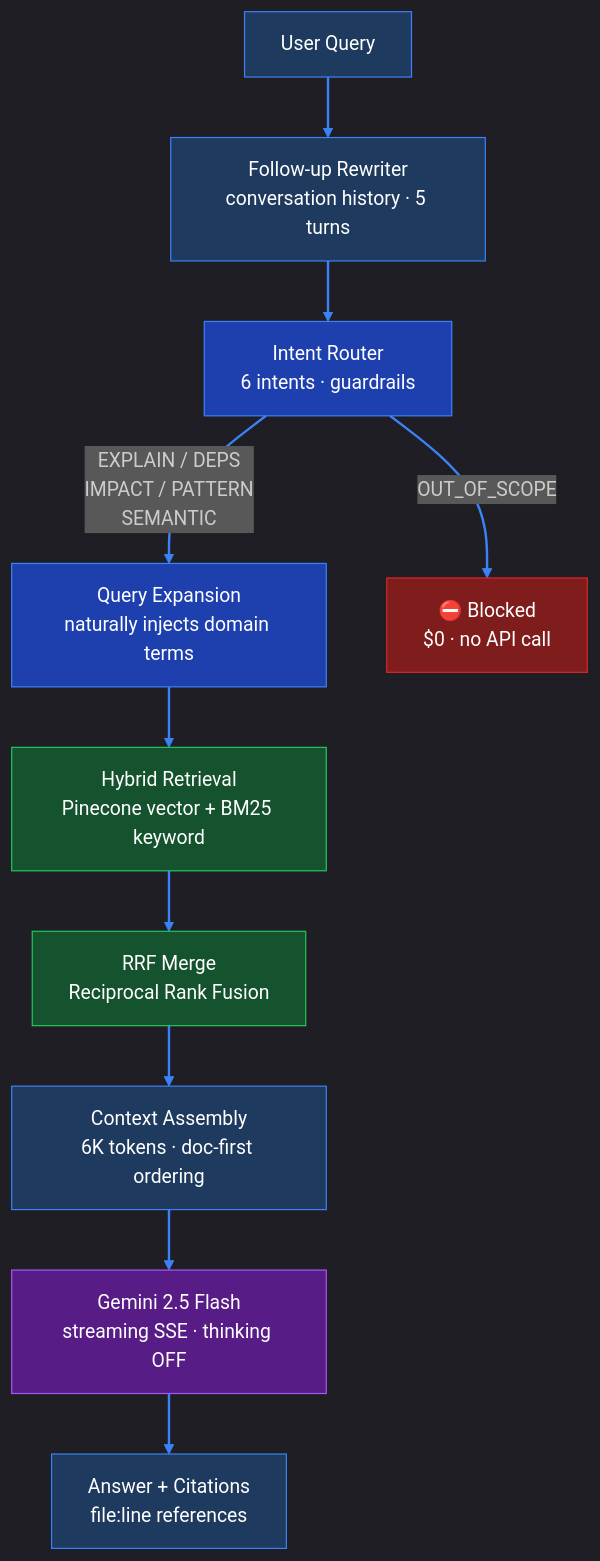
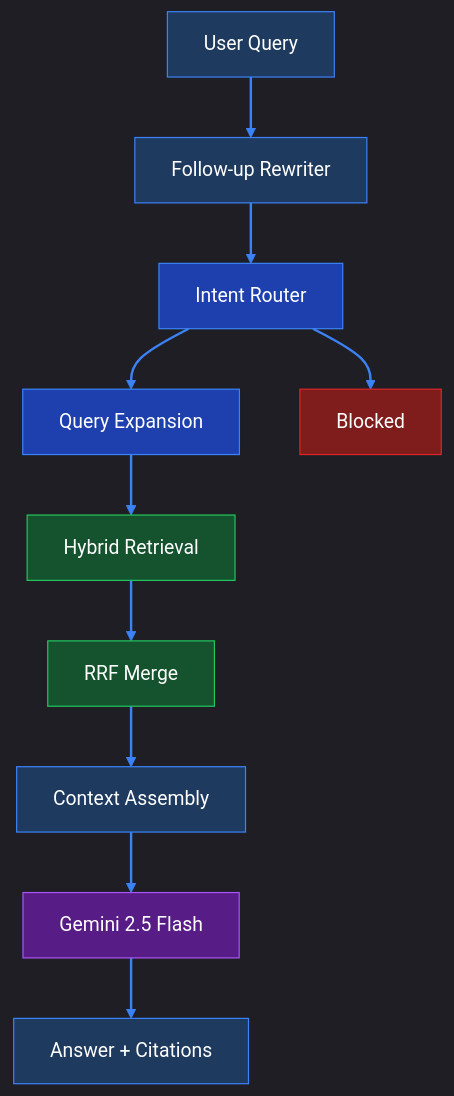
The second of 4 diagrams in presentation.md (HenryDeGrasse/LegacyLens), drawn with Mermaid before and after one commit. The commit also changed other lines of this file, not shown here.

Commit message:
docs: remove pricing from architecture slide

````diff
--- a/presentation.md
+++ b/presentation.md
@@ -93,35 +93,36 @@
 ```mermaid +render
 %%{init: {'theme': 'dark'}}%%
 flowchart TD
     Q["User Query"]
-    RW["Follow-up Rewriter\nconversation history · 5 turns"]
-    RT["Intent Router\n6 intents · guardrails"]
-    EX["Query Expansion\nnaturally injects domain terms"]
-    HY["Hybrid Retrieval\nPinecone vector + BM25 keyword"]
-    RRF["RRF Merge\nReciprocal Rank Fusion"]
-    CA["Context Assembly\n6K tokens · doc-first ordering"]
-    LLM["Gemini 2.5 Flash\nstreaming SSE · thinking OFF"]
-    ANS["Answer + Citations\nfile:line references"]
+    RW["Follow-up Rewriter"]
+    RT["Intent Router"]
+    EX["Query Expansion"]
+    HY["Hybrid Retrieval"]
+    RRF["RRF Merge"]
+    CA["Context Assembly"]
+    LLM["Gemini 2.5 Flash"]
+    ANS["Answer + Citations"]
+    BLOCK["Blocked"]
 
     Q --> RW
     RW --> RT
-    RT -->|EXPLAIN / DEPS\nIMPACT / PATTERN\nSEMANTIC| EX
-    RT -->|OUT_OF_SCOPE| BLOCK["⛔ Blocked\n$0 · no API call"]
+    RT --> EX
+    RT --> BLOCK
     EX --> HY
     HY --> RRF
     RRF --> CA
     CA --> LLM
     LLM --> ANS
 
     style Q fill:#1e3a5f,stroke:#3b82f6,color:#fff
     style RW fill:#1e3a5f,stroke:#3b82f6,color:#fff
     style RT fill:#1e40af,stroke:#3b82f6,color:#fff
     style EX fill:#1e40af,stroke:#3b82f6,color:#fff
     style HY fill:#14532d,stroke:#22c55e,color:#fff
     style RRF fill:#14532d,stroke:#22c55e,color:#fff
     style CA fill:#1e3a5f,stroke:#3b82f6,color:#fff
     style LLM fill:#581c87,stroke:#a855f7,color:#fff
     style ANS fill:#1e3a5f,stroke:#3b82f6,color:#fff
     style BLOCK fill:#7f1d1d,stroke:#dc2626,color:#fff
     linkStyle default stroke:#3b82f6,stroke-width:2px
 ```
````
